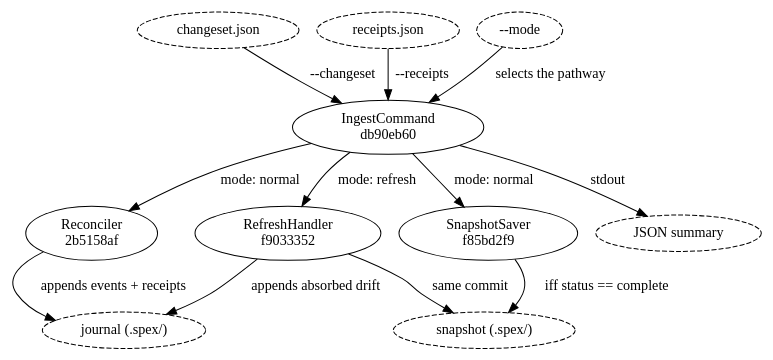
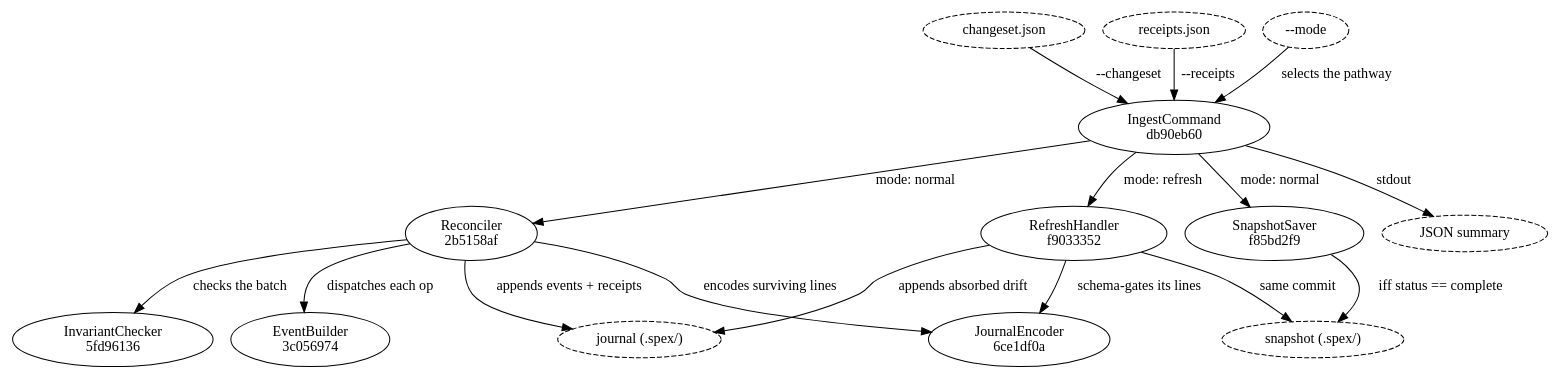
Before and after one commit to dmitriyb/spexmachina: the diagram in spec/ingest/flow_ingest.md, drawn with Graphviz. The commit also changed other lines of this file and 10 other files, not shown here.

First line of the commit message:
spec: decompose Reconciler into EventBuilder, InvariantChecker, JournalEncoder

````diff
--- a/spec/ingest/flow_ingest.md
+++ b/spec/ingest/flow_ingest.md
@@ -11,26 +11,33 @@
 ```dot
 digraph ingest_dispatch {
     "changeset.json"        [style=dashed];
     "receipts.json"         [style=dashed];
     "--mode"                [style=dashed];
     "db90eb607bcb"          [label="IngestCommand\ndb90eb60"];
     "2b5158af774b"          [label="Reconciler\n2b5158af"];
+    "3c0569749972"          [label="EventBuilder\n3c056974"];
+    "5fd9613616e1"          [label="InvariantChecker\n5fd96136"];
+    "6ce1df0a456b"          [label="JournalEncoder\n6ce1df0a"];
     "f85bd2f94aeb"          [label="SnapshotSaver\nf85bd2f9"];
     "f9033352c13f"          [label="RefreshHandler\nf9033352"];
     "journal (.spex/)"      [style=dashed];
     "snapshot (.spex/)"     [style=dashed];
     "JSON summary"          [style=dashed];
 
     "changeset.json"  -> "db90eb607bcb"        [label="--changeset"];
     "receipts.json"   -> "db90eb607bcb"        [label="--receipts"];
     "--mode"          -> "db90eb607bcb"        [label="selects the pathway"];
     "db90eb607bcb"    -> "2b5158af774b"        [label="mode: normal"];
     "db90eb607bcb"    -> "f85bd2f94aeb"        [label="mode: normal"];
     "db90eb607bcb"    -> "f9033352c13f"        [label="mode: refresh"];
+    "2b5158af774b"    -> "3c0569749972"        [label="dispatches each op"];
+    "2b5158af774b"    -> "5fd9613616e1"        [label="checks the batch"];
+    "2b5158af774b"    -> "6ce1df0a456b"        [label="encodes surviving lines"];
+    "f9033352c13f"    -> "6ce1df0a456b"        [label="schema-gates its lines"];
     "2b5158af774b"    -> "journal (.spex/)"    [label="appends events + receipts"];
     "f85bd2f94aeb"    -> "snapshot (.spex/)"   [label="iff status == complete"];
     "f9033352c13f"    -> "journal (.spex/)"    [label="appends absorbed drift"];
     "f9033352c13f"    -> "snapshot (.spex/)"   [label="same commit"];
     "db90eb607bcb"    -> "JSON summary"        [label="stdout"];
 }
 ```
````
